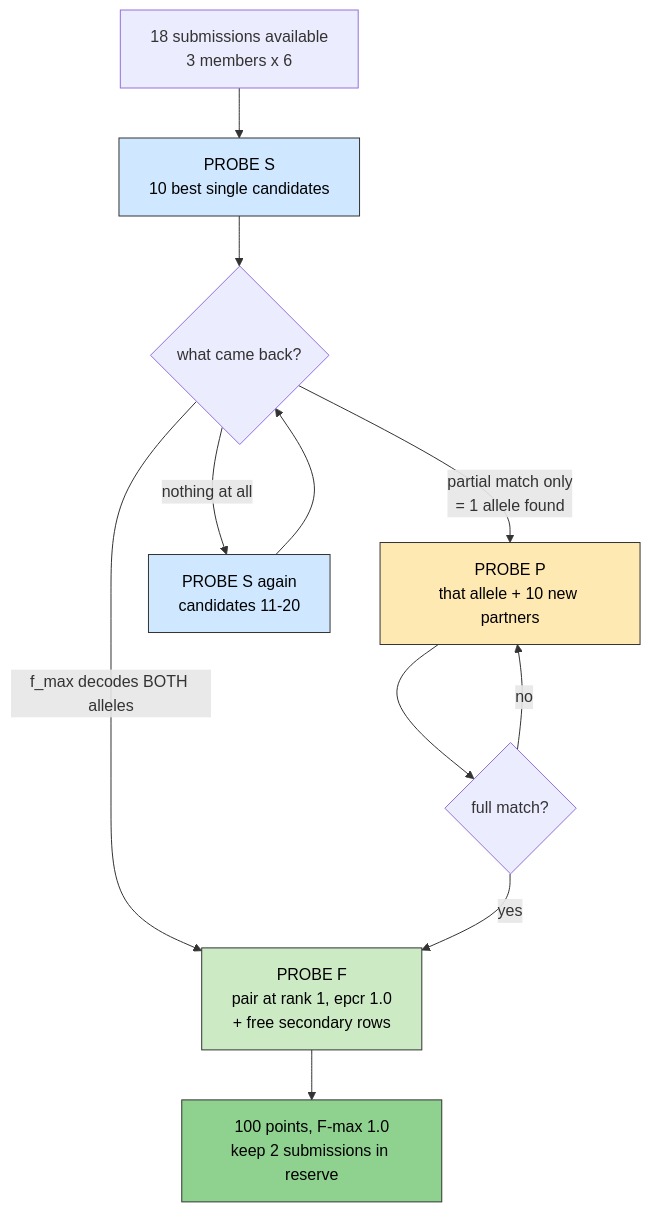
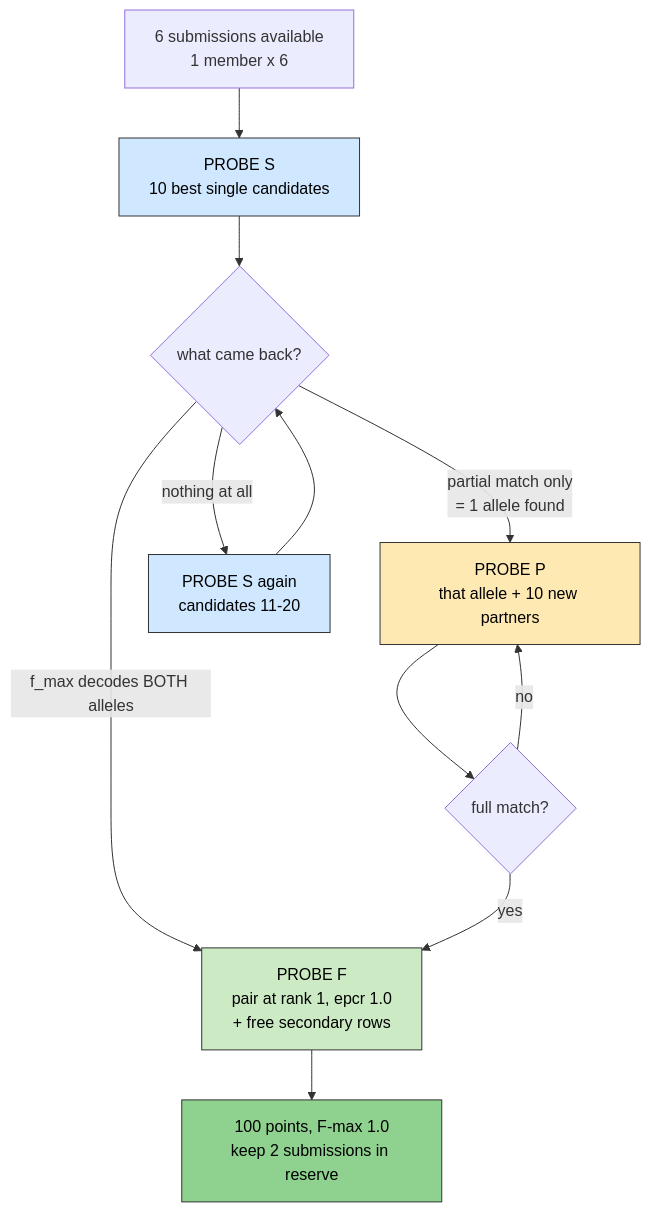
Diagram 17 of 19 in docs/dictionary.md (agharsallah/mva-hackathon), drawn with Mermaid before and after one commit. The commit also changed other lines of this file and 6 other files, not shown here.

````diff
--- a/docs/dictionary.md
+++ b/docs/dictionary.md
@@ -1583,18 +1583,18 @@
 ```mermaid
 flowchart TB
-    ST["18 submissions available<br/>3 members x 6"] --> S1["PROBE S<br/>10 best single candidates"]
+    ST["6 submissions available<br/>1 member x 6"] --> S1["PROBE S<br/>10 best single candidates"]
     S1 --> D{"what came back?"}
     D -->|"f_max decodes BOTH alleles"| FIN
     D -->|"partial match only<br/>= 1 allele found"| P1["PROBE P<br/>that allele + 10 new partners"]
     D -->|"nothing at all"| S2["PROBE S again<br/>candidates 11-20"]
     S2 --> D
     P1 --> D2{"full match?"}
     D2 -->|"yes"| FIN["PROBE F<br/>pair at rank 1, epcr 1.0<br/>+ free secondary rows"]
     D2 -->|"no"| P1
     FIN --> WIN["100 points, F-max 1.0<br/>keep 2 submissions in reserve"]
     style S1 fill:#cfe8ff,stroke:#333,color:#000
     style S2 fill:#cfe8ff,stroke:#333,color:#000
     style P1 fill:#ffe9b3,stroke:#333,color:#000
     style FIN fill:#ccebc5,stroke:#333,color:#000
     style WIN fill:#8fd18f,stroke:#333,color:#000
 ```
````
